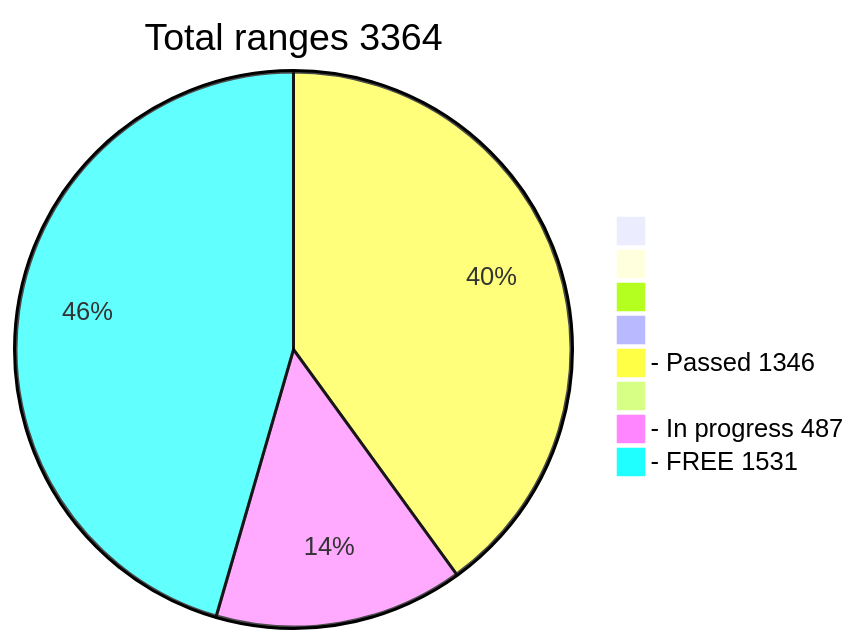
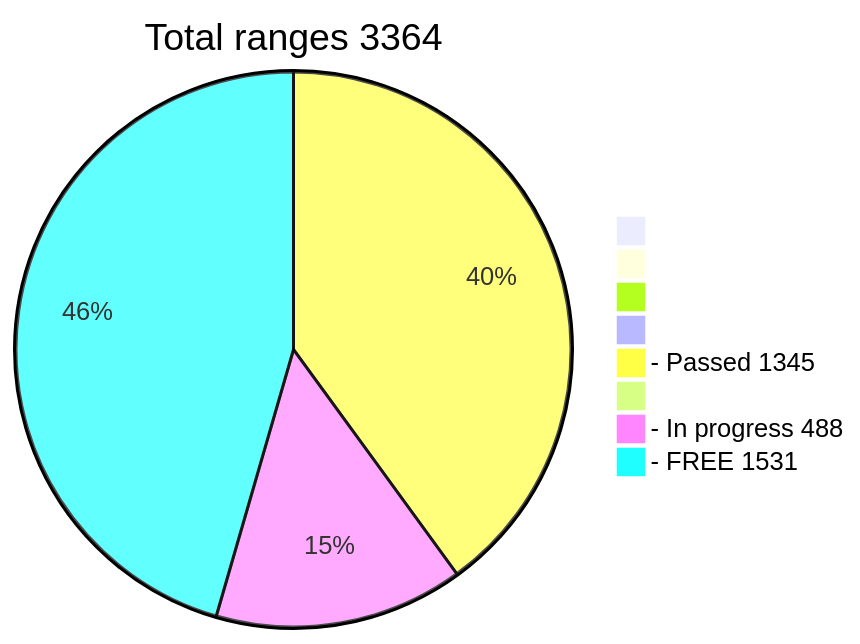
One commit to phrutis/wif500 changed the diagram in README.md. Above: the diagram before and after it, drawn with Mermaid.

````diff
--- a/README.md
+++ b/README.md
@@ -16,12 +16,12 @@
 ```mermaid
 pie title Total ranges 3364
              " " : 0
             "  " : 0
            "   " : 0
           "    " : 0
-  "- Passed 1346" : 1346
+  "- Passed 1345" : 1345
          "     " : 0
-  "- In progress 487" : 487
+  "- In progress 488" : 488
    "- FREE 1531" : 1531
    
 ```
````
